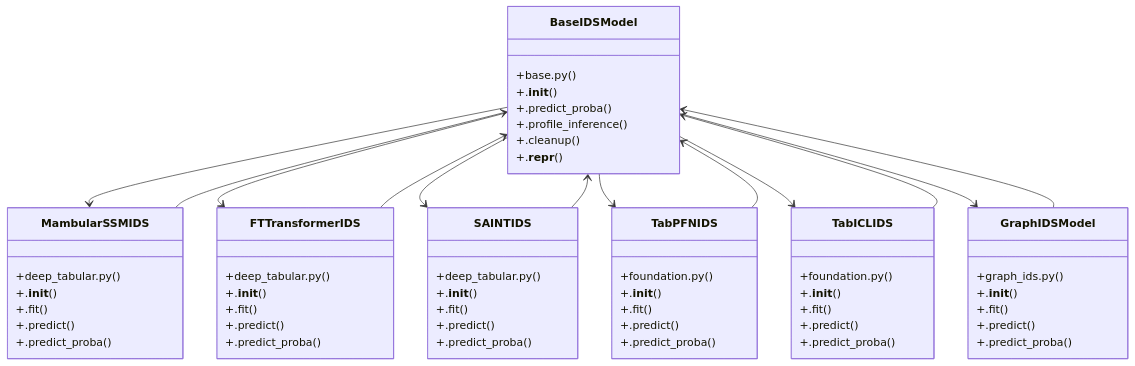
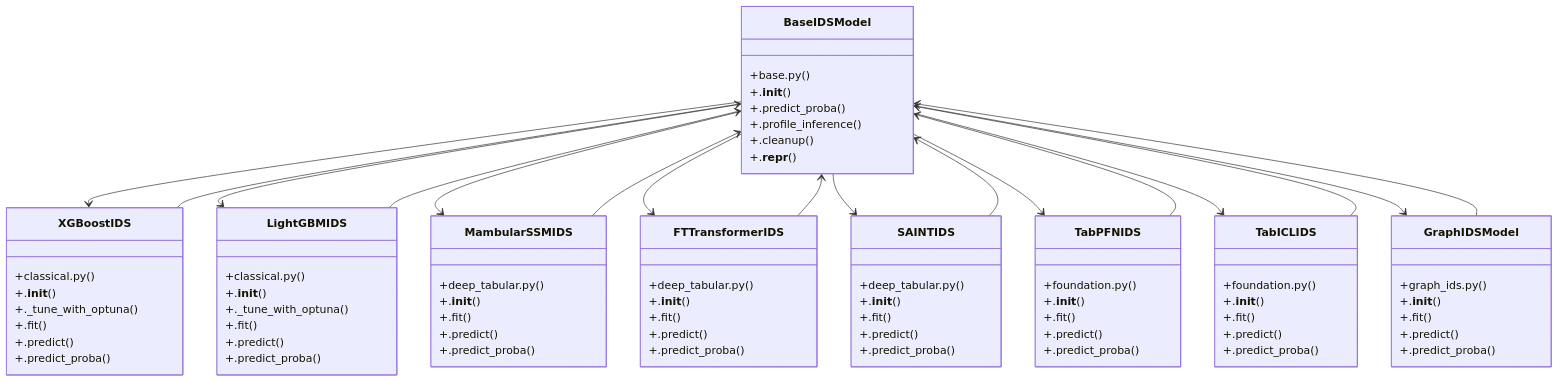
Before and after one commit to FY72X9/is_ai-vuln: the diagram in graphify-out/wiki/Community_0.md, drawn with Mermaid. The commit also changed other lines of this file and 66 other files, not shown here.

Commit message:
docs: generate project knowledge graph and wiki documentation

```diff
--- a/graphify-out/wiki/Community_0.md
+++ b/graphify-out/wiki/Community_0.md
@@ -42,6 +42,22 @@
         +.profile_inference()
         +.cleanup()
         +.__repr__()
+    }
+    class LightGBMIDS {
+        +classical.py()
+        +.__init__()
+        +._tune_with_optuna()
+        +.fit()
+        +.predict()
+        +.predict_proba()
+    }
+    class XGBoostIDS {
+        +classical.py()
+        +.__init__()
+        +._tune_with_optuna()
+        +.fit()
+        +.predict()
+        +.predict_proba()
     }
     class FTTransformerIDS {
         +deep_tabular.py()
@@ -85,12 +101,16 @@
         +.predict()
         +.predict_proba()
     }
+    BaseIDSModel --> XGBoostIDS
+    BaseIDSModel --> LightGBMIDS
     BaseIDSModel --> MambularSSMIDS
     BaseIDSModel --> FTTransformerIDS
     BaseIDSModel --> SAINTIDS
     BaseIDSModel --> TabPFNIDS
     BaseIDSModel --> TabICLIDS
     BaseIDSModel --> GraphIDSModel
+    LightGBMIDS --> BaseIDSModel
+    XGBoostIDS --> BaseIDSModel
     FTTransformerIDS --> BaseIDSModel
     MambularSSMIDS --> BaseIDSModel
     SAINTIDS --> BaseIDSModel
```
